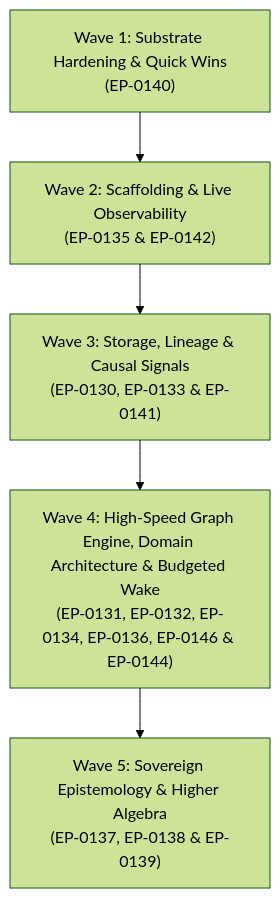
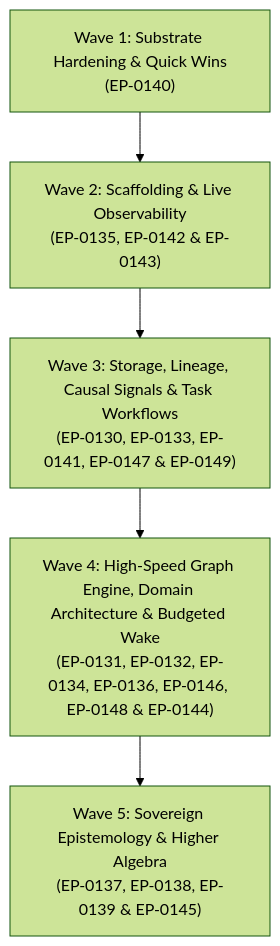
Before and after one commit to erivlis/tur: the diagram in references/explorations/EXP-0008-tactical-roadmap-execution-plan/tactical_layer_by_layer_execution_plan.md, drawn with Mermaid (forest theme). The commit also changed other lines of this file and 1 other file, not shown here.

Commit message:
docs: Update Tactical Layer-by-Layer Execution Plan to include EP-0147 and EP-0149 in related proposals and enhance Wave 3 description

````diff
--- a/references/explorations/EXP-0008-tactical-roadmap-execution-plan/tactical_layer_by_layer_execution_plan.md
+++ b/references/explorations/EXP-0008-tactical-roadmap-execution-plan/tactical_layer_by_layer_execution_plan.md
@@ -16,13 +16,13 @@
 ```mermaid
 graph TD
     W1["Wave 1: Substrate Hardening & Quick Wins<br/>(EP-0140)"]
-    W2["Wave 2: Scaffolding & Live Observability<br/>(EP-0135 & EP-0142)"]
-    W3["Wave 3: Storage, Lineage & Causal Signals<br/>(EP-0130, EP-0133 & EP-0141)"]
-    W4["Wave 4: High-Speed Graph Engine, Domain Architecture & Budgeted Wake<br/>(EP-0131, EP-0132, EP-0134, EP-0136, EP-0146 & EP-0144)"]
-    W5["Wave 5: Sovereign Epistemology & Higher Algebra<br/>(EP-0137, EP-0138 & EP-0139)"]
+    W2["Wave 2: Scaffolding & Live Observability<br/>(EP-0135, EP-0142 & EP-0143)"]
+    W3["Wave 3: Storage, Lineage, Causal Signals & Task Workflows<br/>(EP-0130, EP-0133, EP-0141, EP-0147 & EP-0149)"]
+    W4["Wave 4: High-Speed Graph Engine, Domain Architecture & Budgeted Wake<br/>(EP-0131, EP-0132, EP-0134, EP-0136, EP-0146, EP-0148 & EP-0144)"]
+    W5["Wave 5: Sovereign Epistemology & Higher Algebra<br/>(EP-0137, EP-0138, EP-0139 & EP-0145)"]
 
     W1 --> W2
     W2 --> W3
     W3 --> W4
     W4 --> W5
 ```
````
